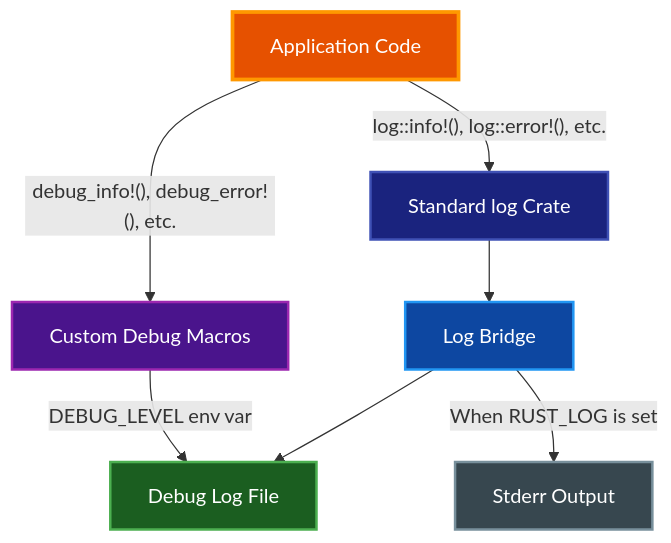
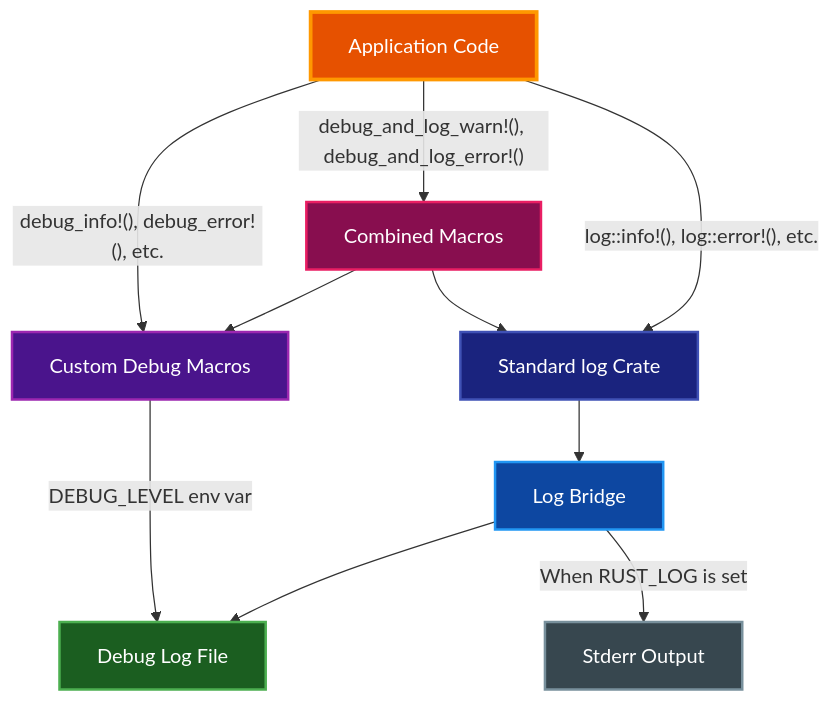
One commit to paulrobello/par-term changed the diagram in docs/LOGGING.md. Above: the diagram before and after it, drawn with Mermaid. The commit also changed other lines of this file and 41 other files, not shown here.

````diff
--- a/docs/LOGGING.md
+++ b/docs/LOGGING.md
@@ -30,23 +32,28 @@
 ```mermaid
 graph TD
     App[Application Code]
     CustomDebug[Custom Debug Macros]
+    Combined[Combined Macros]
     LogCrate[Standard log Crate]
     Bridge[Log Bridge]
     File[Debug Log File]
     Stderr[Stderr Output]
 
     App -->|"debug_info!(), debug_error!(), etc."| CustomDebug
+    App -->|"debug_and_log_warn!(), debug_and_log_error!()"| Combined
     App -->|"log::info!(), log::error!(), etc."| LogCrate
     CustomDebug -->|"DEBUG_LEVEL env var"| File
+    Combined --> CustomDebug
+    Combined --> LogCrate
     LogCrate --> Bridge
     Bridge --> File
     Bridge -->|"When RUST_LOG is set"| Stderr
 
     style App fill:#e65100,stroke:#ff9800,stroke-width:3px,color:#ffffff
     style CustomDebug fill:#4a148c,stroke:#9c27b0,stroke-width:2px,color:#ffffff
+    style Combined fill:#880e4f,stroke:#e91e63,stroke-width:2px,color:#ffffff
     style LogCrate fill:#1a237e,stroke:#3f51b5,stroke-width:2px,color:#ffffff
     style Bridge fill:#0d47a1,stroke:#2196f3,stroke-width:2px,color:#ffffff
     style File fill:#1b5e20,stroke:#4caf50,stroke-width:2px,color:#ffffff
     style Stderr fill:#37474f,stroke:#78909c,stroke-width:2px,color:#ffffff
 ```
````
